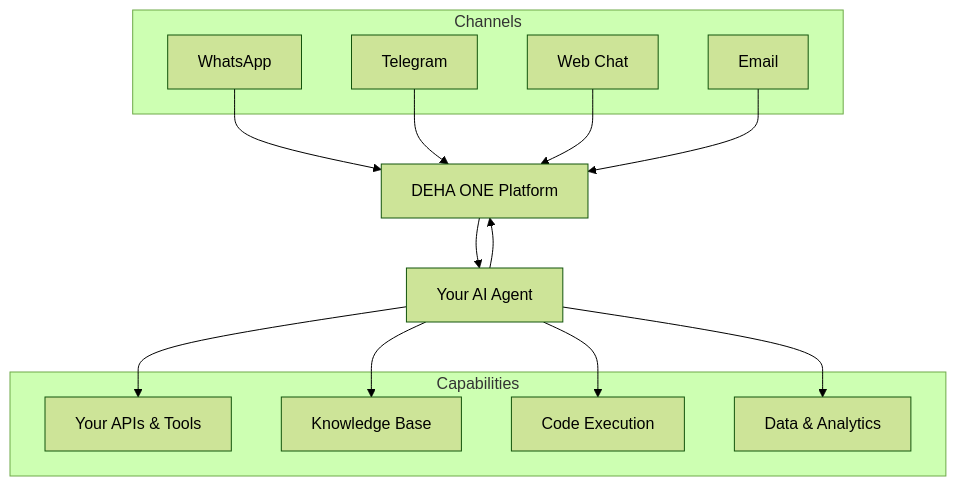
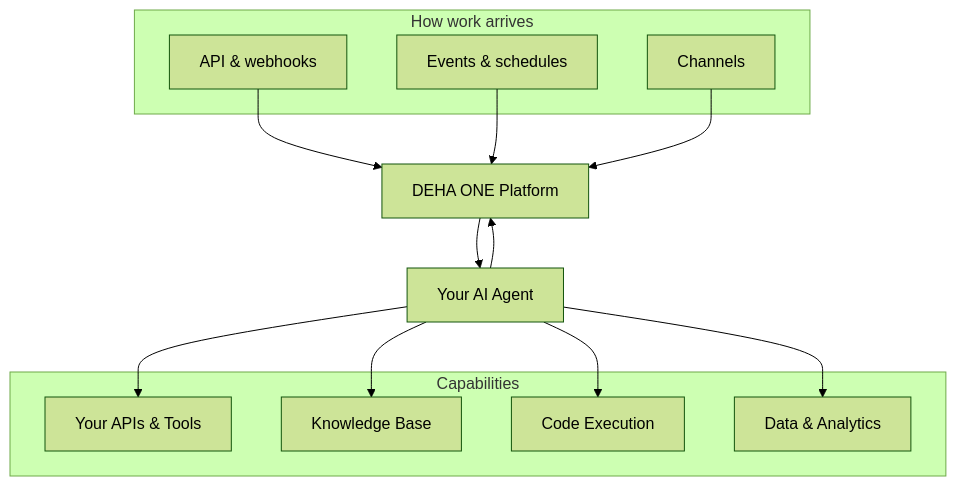
The diagram in agents/overview.mdx (marmancakbay/mintlify-docs), drawn with Mermaid (forest theme) before and after one commit. The commit also changed other lines of this file and 113 other files, not shown here.

````diff
--- a/agents/overview.mdx
+++ b/agents/overview.mdx
@@ -141,30 +137,28 @@
 ```mermaid
 flowchart TB
-    subgraph Channels
-        WA[WhatsApp]
-        TG[Telegram]
-        WEB[Web Chat]
-        EMAIL[Email]
+    subgraph Inputs["How work arrives"]
+        API[API & webhooks]
+        EVENT[Events & schedules]
+        CH[Channels]
     end
 
     PLATFORM[DEHA ONE Platform]
     AGENT[Your AI Agent]
 
     subgraph Capabilities
-        API[Your APIs & Tools]
+        TOOLS[Your APIs & Tools]
         KB[Knowledge Base]
         CODE[Code Execution]
         DATA[Data & Analytics]
     end
 
-    WA --> PLATFORM
-    TG --> PLATFORM
-    WEB --> PLATFORM
-    EMAIL --> PLATFORM
+    API --> PLATFORM
+    EVENT --> PLATFORM
+    CH --> PLATFORM
     PLATFORM --> AGENT
-    AGENT --> API
+    AGENT --> TOOLS
     AGENT --> KB
     AGENT --> CODE
     AGENT --> DATA
     AGENT --> PLATFORM
 ```
````
